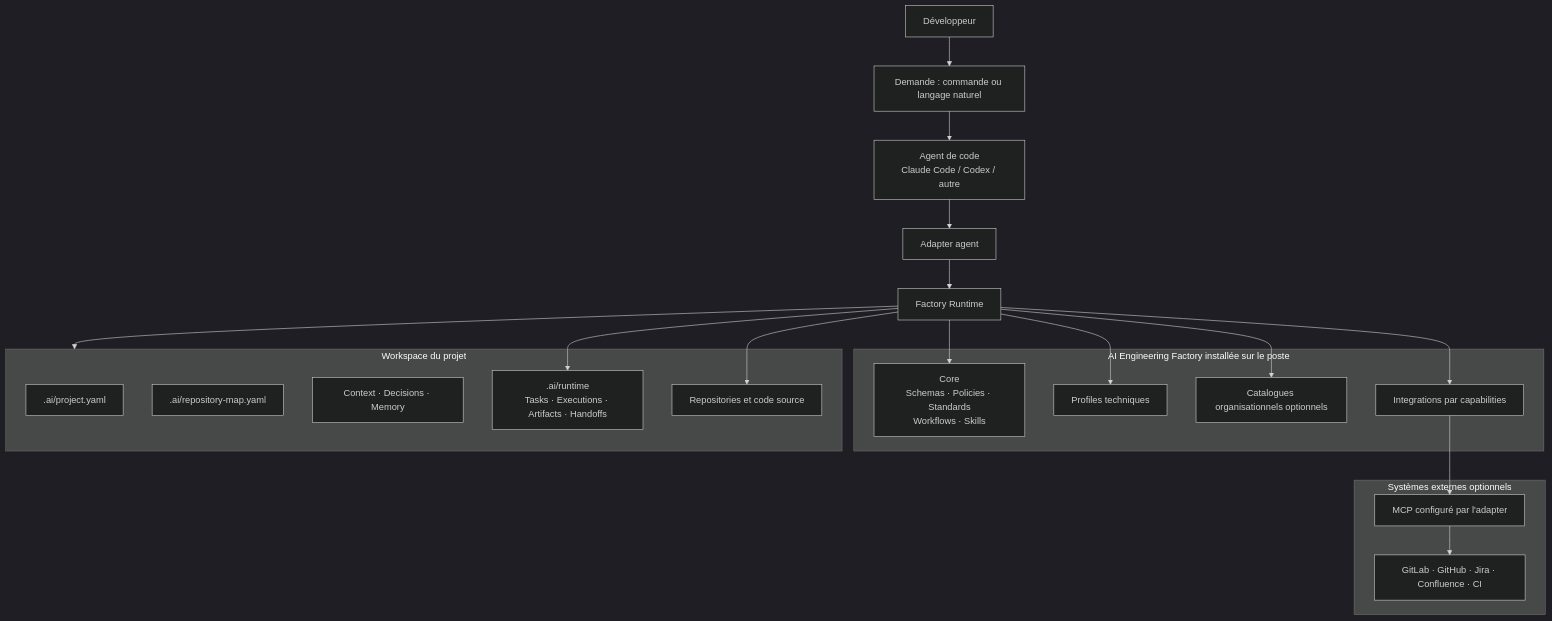
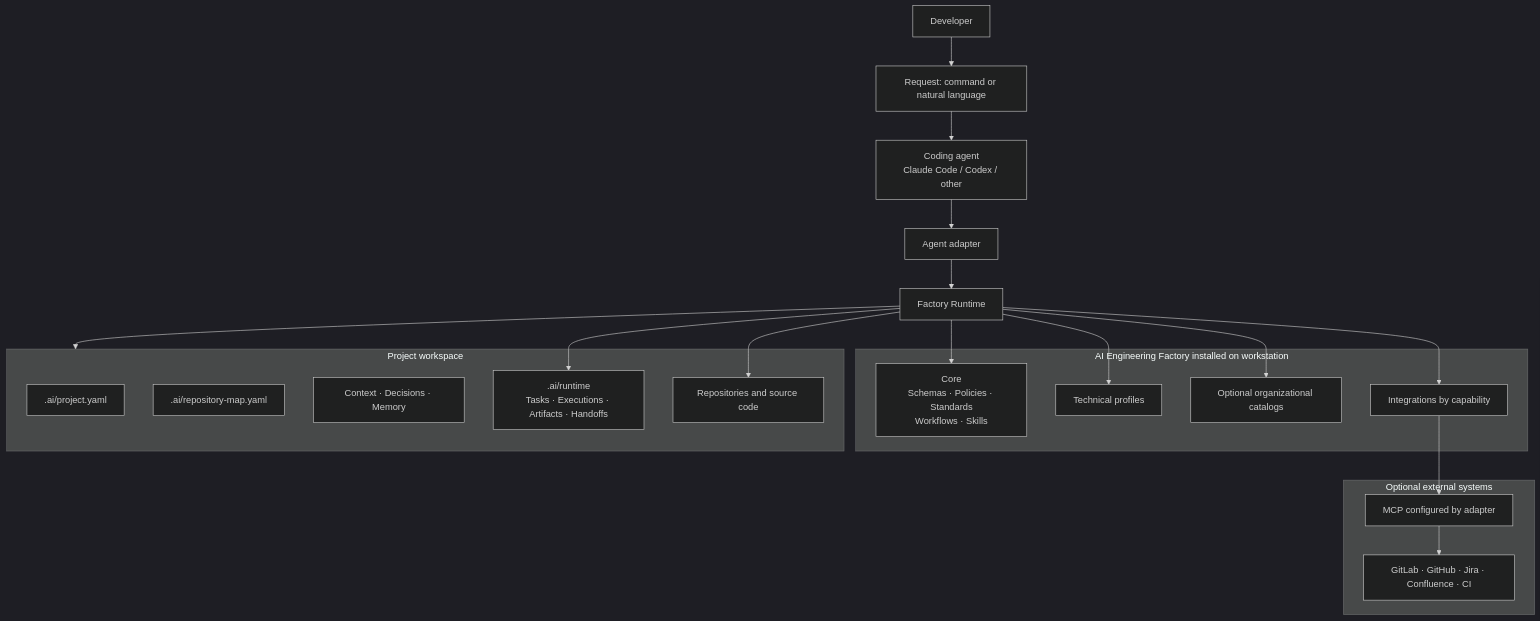
The first of 8 diagrams in docs/00-factory-reference-architecture.md (ricken07/ai-engineering-factory), drawn with Mermaid (dark theme) before and after one commit. The commit also changed other lines of this file and 32 other files, not shown here.

````diff
--- a/docs/00-factory-reference-architecture.md
+++ b/docs/00-factory-reference-architecture.md
@@ -44,38 +43,38 @@
 ```mermaid
 flowchart TB
-    developer[Développeur]
-    request[Demande : commande ou langage naturel]
-    agent[Agent de code\nClaude Code / Codex / autre]
-    adapter[Adapter agent]
+    developer[Developer]
+    request[Request: command or natural language]
+    agent[Coding agent\nClaude Code / Codex / other]
+    adapter[Agent adapter]
     runtime[Factory Runtime]
 
-    subgraph factory[AI Engineering Factory installée sur le poste]
+    subgraph factory[AI Engineering Factory installed on workstation]
         core[Core\nSchemas · Policies · Standards\nWorkflows · Skills]
-        profiles[Profiles techniques]
-        org[Catalogues organisationnels optionnels]
-        integrations[Integrations par capabilities]
+        profiles[Technical profiles]
+        org[Optional organizational catalogs]
+        integrations[Integrations by capability]
     end
 
-    subgraph project[Workspace du projet]
+    subgraph project[Project workspace]
         config[.ai/project.yaml]
         topology[.ai/repository-map.yaml]
         context[Context · Decisions · Memory]
         state[.ai/runtime\nTasks · Executions · Artifacts · Handoffs]
-        source[Repositories et code source]
+        source[Repositories and source code]
     end
 
-    subgraph external[Systèmes externes optionnels]
-        mcp[MCP configuré par l'adapter]
+    subgraph external[Optional external systems]
+        mcp[MCP configured by adapter]
         provider[GitLab · GitHub · Jira · Confluence · CI]
     end
 
     developer --> request --> agent --> adapter --> runtime
     runtime --> core
     runtime --> project
     runtime --> profiles
     runtime --> org
     runtime --> integrations
     runtime --> state
     runtime --> source
     integrations --> mcp --> provider
 ```
````
